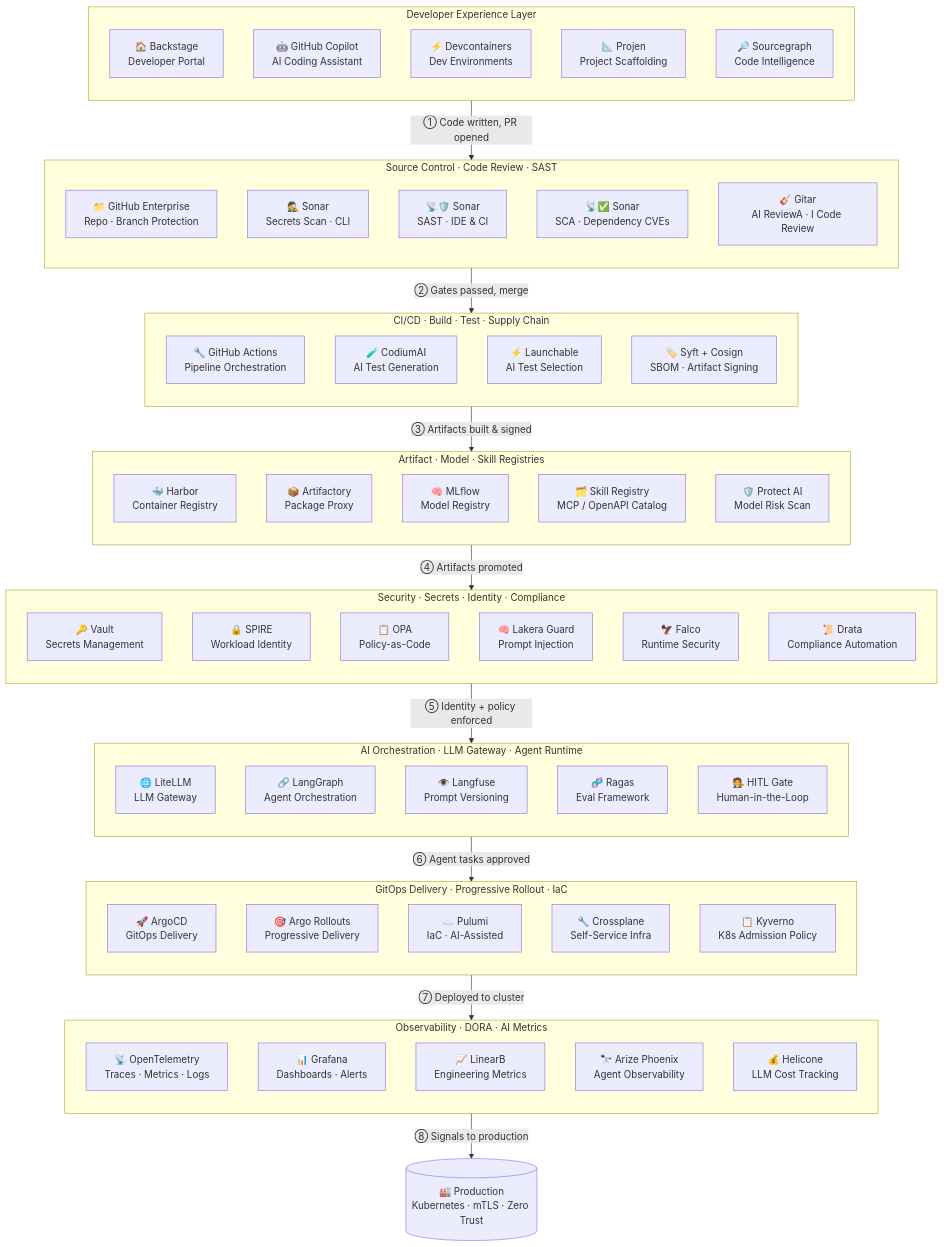
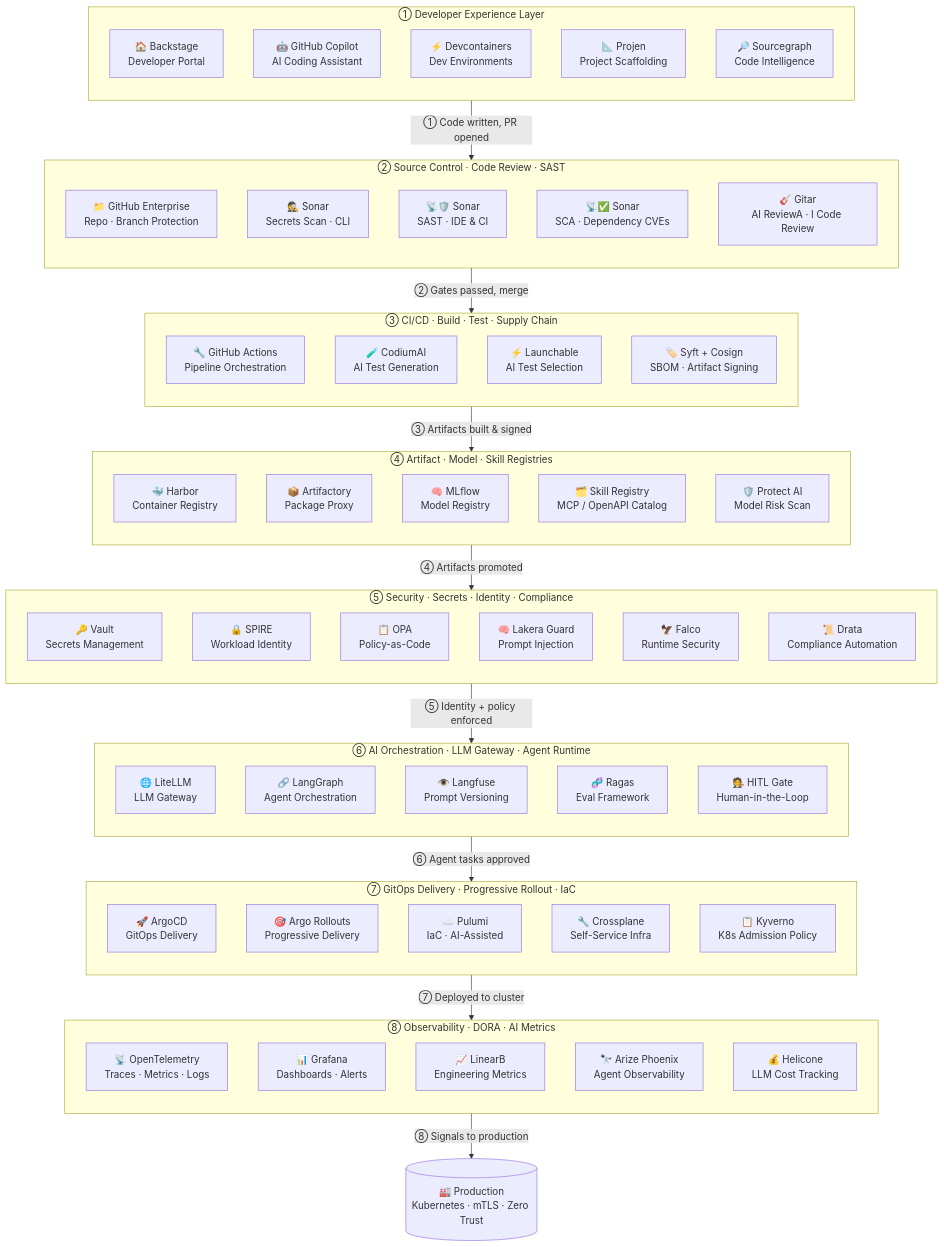
One commit to jim-halkyard-sonarsource/notes changed the second of 2 diagrams in IDP/README.md. Above: the diagram before and after it, drawn with Mermaid.

Commit message:
Add layer numbers

````diff
--- a/IDP/README.md
+++ b/IDP/README.md
@@ -60,6 +60,6 @@
 ```mermaid
 flowchart TB
-    subgraph DEV["Developer Experience Layer"]
+    subgraph DEV["① Developer Experience Layer"]
         direction TD
         Backstage["🏠 Backstage\nDeveloper Portal"]
         Copilot["🤖 GitHub Copilot\nAI Coding Assistant"]
@@ -68,7 +68,7 @@
         Sourcegraph["🔎 Sourcegraph\nCode Intelligence"]
     end
 
-    subgraph SCM["Source Control · Code Review · SAST"]
+    subgraph SCM["② Source Control · Code Review · SAST"]
         direction TD
         GitHub["📁 GitHub Enterprise\nRepo · Branch Protection"]
         SonarSec["🕵️ Sonar\nSecrets Scan · CLI"]
@@ -77,7 +77,7 @@
         Gitar["🎸 Gitar\nAI ReviewA · I Code Review"]
     end
 
-    subgraph CICD["CI/CD · Build · Test · Supply Chain"]
+    subgraph CICD["③ CI/CD · Build · Test · Supply Chain"]
         direction TD
         GHActions["🔧 GitHub Actions\nPipeline Orchestration"]
         CodiumAI["🧪 CodiumAI\nAI Test Generation"]
@@ -85,7 +85,7 @@
         SyftCosign["🏷️ Syft + Cosign\nSBOM · Artifact Signing"]
     end
 
-    subgraph REG["Artifact · Model · Skill Registries"]
+    subgraph REG["④ Artifact · Model · Skill Registries"]
         direction TD
         Harbor["🐳 Harbor\nContainer Registry"]
         Artifactory["📦 Artifactory\nPackage Proxy"]
@@ -94,7 +94,7 @@
         ProtectAI["🛡️ Protect AI\nModel Risk Scan"]
     end
 
-    subgraph SEC["Security · Secrets · Identity · Compliance"]
+    subgraph SEC["⑤ Security · Secrets · Identity · Compliance"]
         direction TD
         Vault["🔑 Vault\nSecrets Management"]
         SPIRE["🔒 SPIRE\nWorkload Identity"]
@@ -104,7 +104,7 @@
         Drata["📜 Drata\nCompliance Automation"]
     end
 
-    subgraph AI["AI Orchestration · LLM Gateway · Agent Runtime"]
+    subgraph AI["⑥ AI Orchestration · LLM Gateway · Agent Runtime"]
         direction TD
         LiteLLM["🌐 LiteLLM\nLLM Gateway"]
         LangGraph["🔗 LangGraph\nAgent Orchestration"]
@@ -113,7 +113,7 @@
         HITL["🧑‍⚖️ HITL Gate\nHuman-in-the-Loop"]
     end
 
-    subgraph GITOPS["GitOps Delivery · Progressive Rollout · IaC"]
+    subgraph GITOPS["⑦ GitOps Delivery · Progressive Rollout · IaC"]
         direction TD
         ArgoCD["🚀 ArgoCD\nGitOps Delivery"]
         ArgoRollouts["🎯 Argo Rollouts\nProgressive Delivery"]
@@ -122,7 +122,7 @@
         Kyverno["📋 Kyverno\nK8s Admission Policy"]
     end
 
-    subgraph OBS["Observability · DORA · AI Metrics"]
+    subgraph OBS["⑧ Observability · DORA · AI Metrics"]
         direction TD
         OTel["📡 OpenTelemetry\nTraces · Metrics · Logs"]
         Grafana["📊 Grafana\nDashboards · Alerts"]
````
